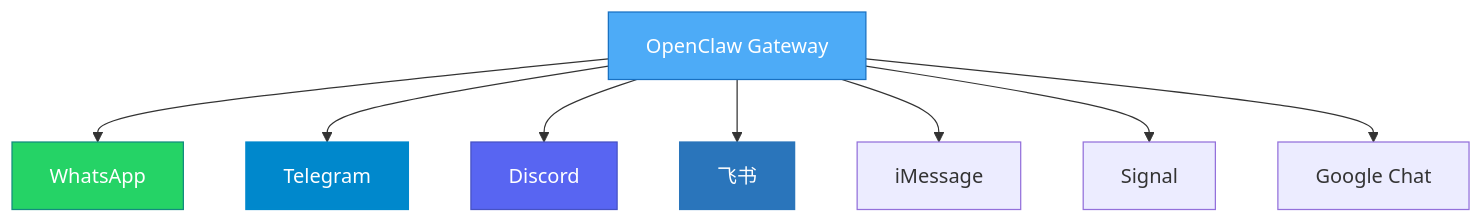
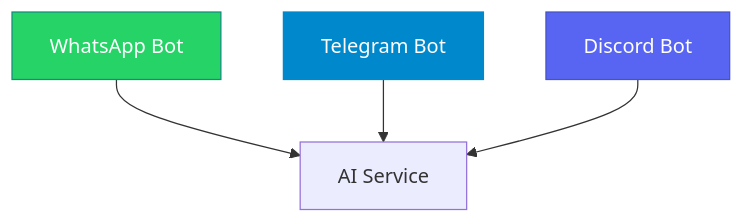
One commit to FreezeSoul/freezesoul.github.com changed the second of 12 diagrams in _posts/2026-03-01-openclaw-agent-gateway.md. Above: the diagram before and after it, drawn with Mermaid. The commit also changed other lines of this file, not shown here.

Commit message:
feat: 重写 OpenClaw 架构解析文章（技术深度版）

````diff
--- a/_posts/2026-03-01-openclaw-agent-gateway.md
+++ b/_posts/2026-03-01-openclaw-agent-gateway.md
@@ -86,18 +53,10 @@
 ```mermaid
 graph TD
-    G[OpenClaw Gateway]
+    A[WhatsApp Bot] --> AI[AI Service]
+    B[Telegram Bot] --> AI
+    C[Discord Bot] --> AI
     
-    G --> W[WhatsApp]
-    G --> T[Telegram]
-    G --> D[Discord]
-    G --> F[飞书]
-    G --> I[iMessage]
-    G --> S[Signal]
-    G --> G2[Google Chat]
-    
-    style G fill:#4dabf7,stroke:#1971c2,color:#fff
-    style W fill:#25D366,stroke:#128C7E,color:#fff
-    style T fill:#0088cc,stroke:#0088cc,color:#fff
-    style D fill:#5865F2,stroke:#4752C4,color:#fff
-    style F fill:#2A75BB,stroke:#2A75BB,color:#fff
+    style A fill:#25D366,stroke:#128C7E,color:#fff
+    style B fill:#0088cc,stroke:#0088cc,color:#fff
+    style C fill:#5865F2,stroke:#4752C4,color:#fff
 ```
````
